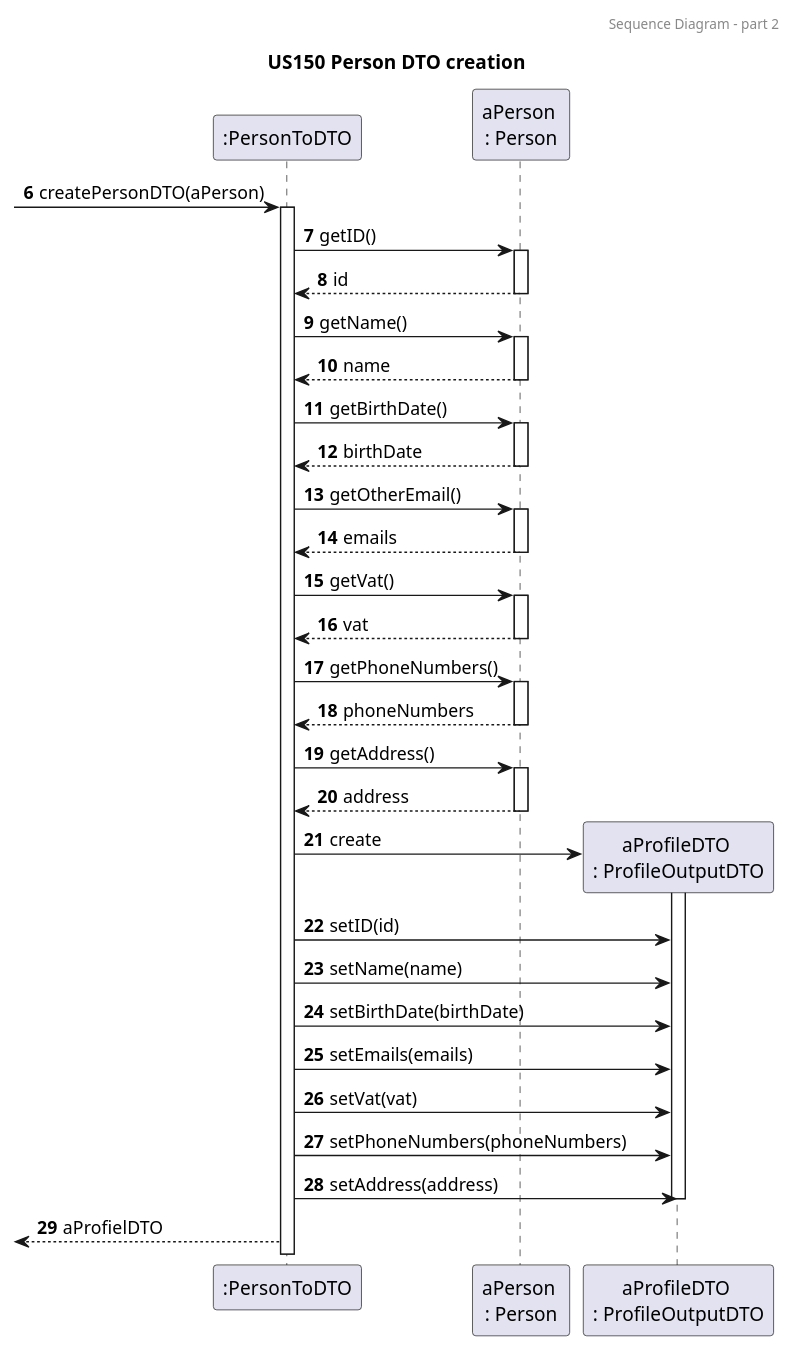
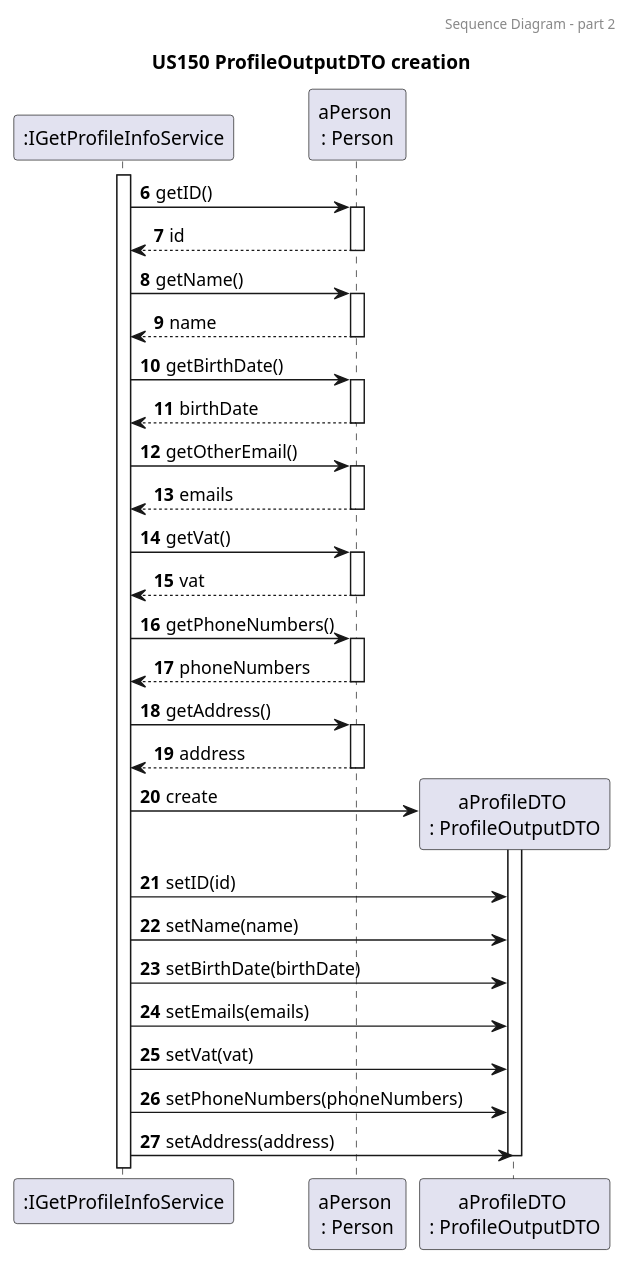
Before and after one commit to tomas-osswald/switch_2020_g3: the fifth of 5 diagrams in docs/sprint5/user_stories/US150_GetFamilyMemberProfile.md, drawn with PlantUML. The commit also changed other lines of this file, not shown here.

Commit message:
add US150ProfileInfo SD

`````diff
--- a/docs/sprint5/user_stories/US150_GetFamilyMemberProfile.md
+++ b/docs/sprint5/user_stories/US150_GetFamilyMemberProfile.md
@@ -261,78 +273,55 @@
 ````puml
 @startuml
 
 autonumber 6
 header Sequence Diagram - part 2
-title US150 Person DTO creation
+title US150 ProfileOutputDTO creation
 
-participant ":PersonToDTO" as mapper
+participant ":IGetProfileInfoService" as service
 participant "aPerson \n: Person" as person
-
 participant "aProfileDTO \n: ProfileOutputDTO" as profiledto
 
--> mapper : createPersonDTO(aPerson)
-activate mapper
-mapper -> person : getID()
+activate service
+service -> person : getID()
 activate person
 return id
 
-mapper -> person : getName()
+service -> person : getName()
 activate person
 return name
 
-mapper -> person : getBirthDate()
+service -> person : getBirthDate()
 activate person
 return birthDate
 
-mapper -> person : getOtherEmail()
+service -> person : getOtherEmail()
 activate person
 return emails
 
-mapper -> person : getVat()
+service -> person : getVat()
 activate person
 return vat
 
-mapper -> person : getPhoneNumbers()
+service -> person : getPhoneNumbers()
 activate person
 return phoneNumbers
 
-mapper -> person : getAddress()
+service -> person : getAddress()
 activate person
 return address
 
-mapper -> profiledto** : create 
-
+service -> profiledto** : create 
 
 activate profiledto
-mapper -> profiledto : setID(id)
-
-
-
-mapper -> profiledto : setName(name)
-
-
-
-mapper -> profiledto : setBirthDate(birthDate)
-
-
-
-mapper -> profiledto : setEmails(emails)
-
-
-
-mapper -> profiledto : setVat(vat)
-
-
-mapper -> profiledto : setPhoneNumbers(phoneNumbers)
-
-
-
-mapper -> profiledto : setAddress(address)
+service -> profiledto : setID(id)
+service -> profiledto : setName(name)
+service -> profiledto : setBirthDate(birthDate)
+service -> profiledto : setEmails(emails)
+service -> profiledto : setVat(vat)
+service -> profiledto : setPhoneNumbers(phoneNumbers)
+service -> profiledto : setAddress(address)
 
 deactivate profiledto
-<-- mapper : aProfielDTO
-
-
 
 @enduml
 ````
`````
